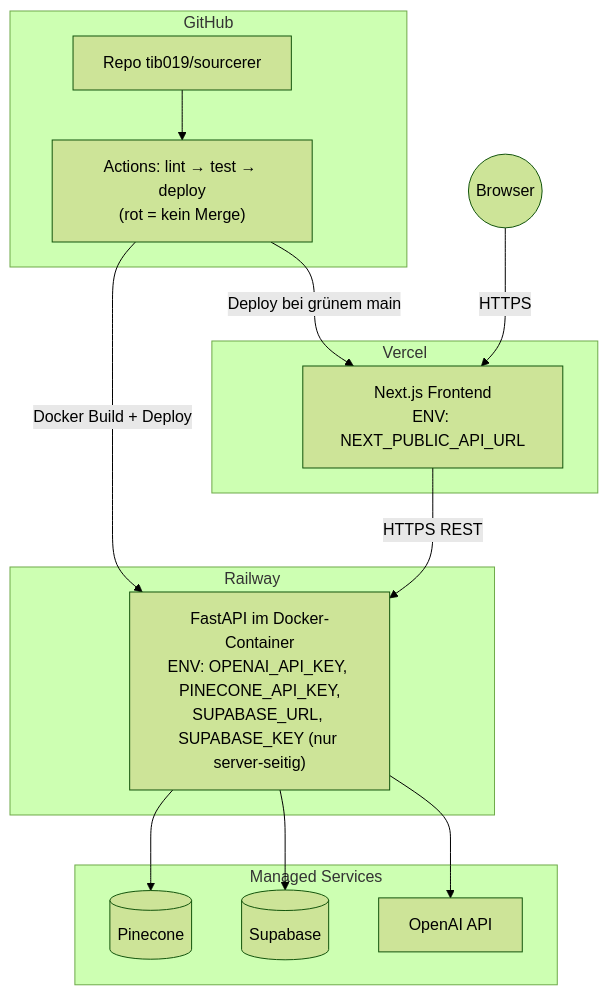
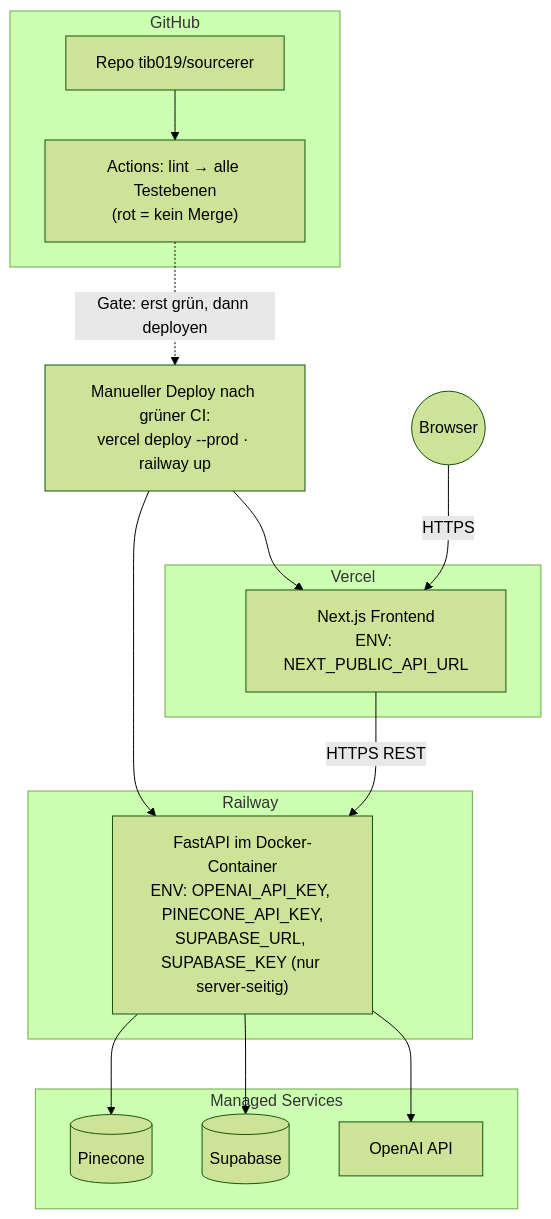
The diagram in docs/deployment.md (tib019/sourcerer), drawn with Mermaid (forest theme) before and after one commit. The commit also changed other lines of this file and 4 other files, not shown here.

````diff
--- a/docs/deployment.md
+++ b/docs/deployment.md
@@ -3,30 +3,32 @@
 ```mermaid
 flowchart TB
     subgraph GH["GitHub"]
         REPO[Repo tib019/sourcerer]
-        CI["Actions: lint → test → deploy<br/>(rot = kein Merge)"]
+        CI["Actions: lint → alle Testebenen<br/>(rot = kein Merge)"]
         REPO --> CI
     end
 
     subgraph Vercel
         FE["Next.js Frontend<br/>ENV: NEXT_PUBLIC_API_URL"]
     end
 
     subgraph Railway
         BE["FastAPI im Docker-Container<br/>ENV: OPENAI_API_KEY, PINECONE_API_KEY,<br/>SUPABASE_URL, SUPABASE_KEY (nur server-seitig)"]
     end
 
     subgraph Managed["Managed Services"]
         PC[("Pinecone")]
         SB[("Supabase")]
         OAI["OpenAI API"]
     end
 
-    CI -- "Deploy bei grünem main" --> FE
-    CI -- "Docker Build + Deploy" --> BE
+    CLI["Manueller Deploy nach grüner CI:<br/>vercel deploy --prod · railway up"]
+    CI -.->|"Gate: erst grün, dann deployen"| CLI
+    CLI --> FE
+    CLI --> BE
     Browser((Browser)) -- HTTPS --> FE
     FE -- "HTTPS REST" --> BE
     BE --> PC
     BE --> SB
     BE --> OAI
 ```
````
